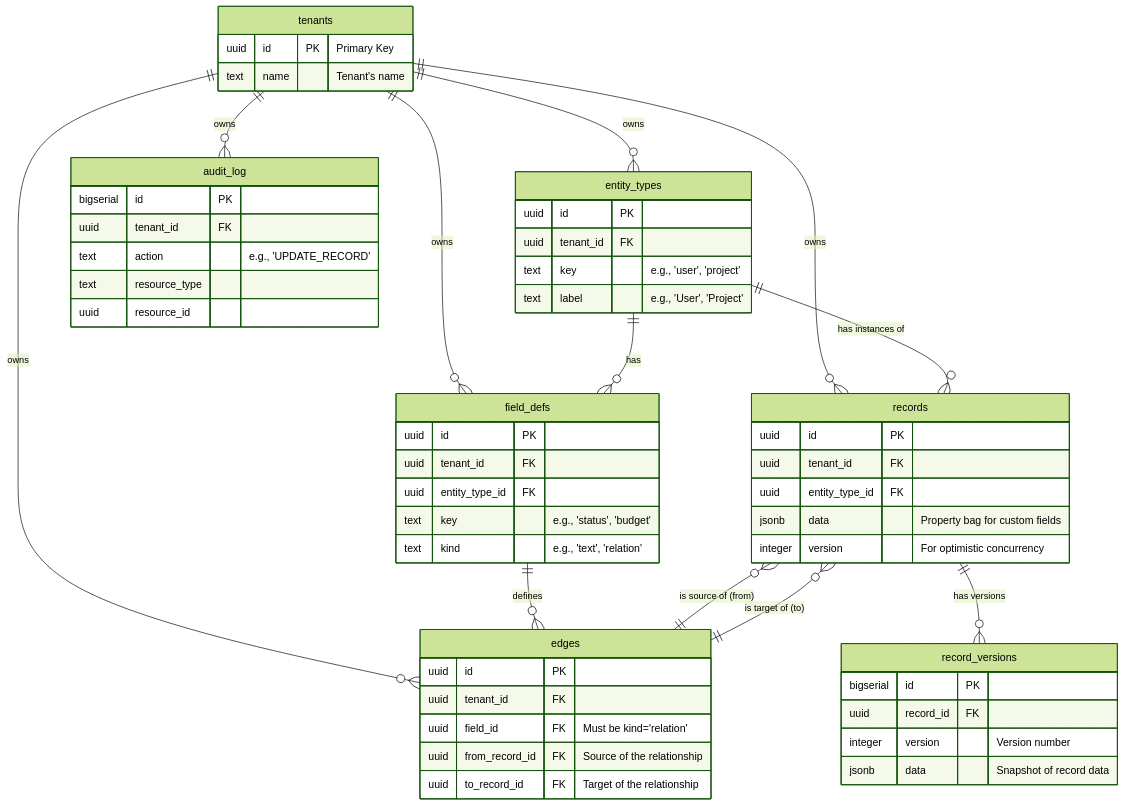
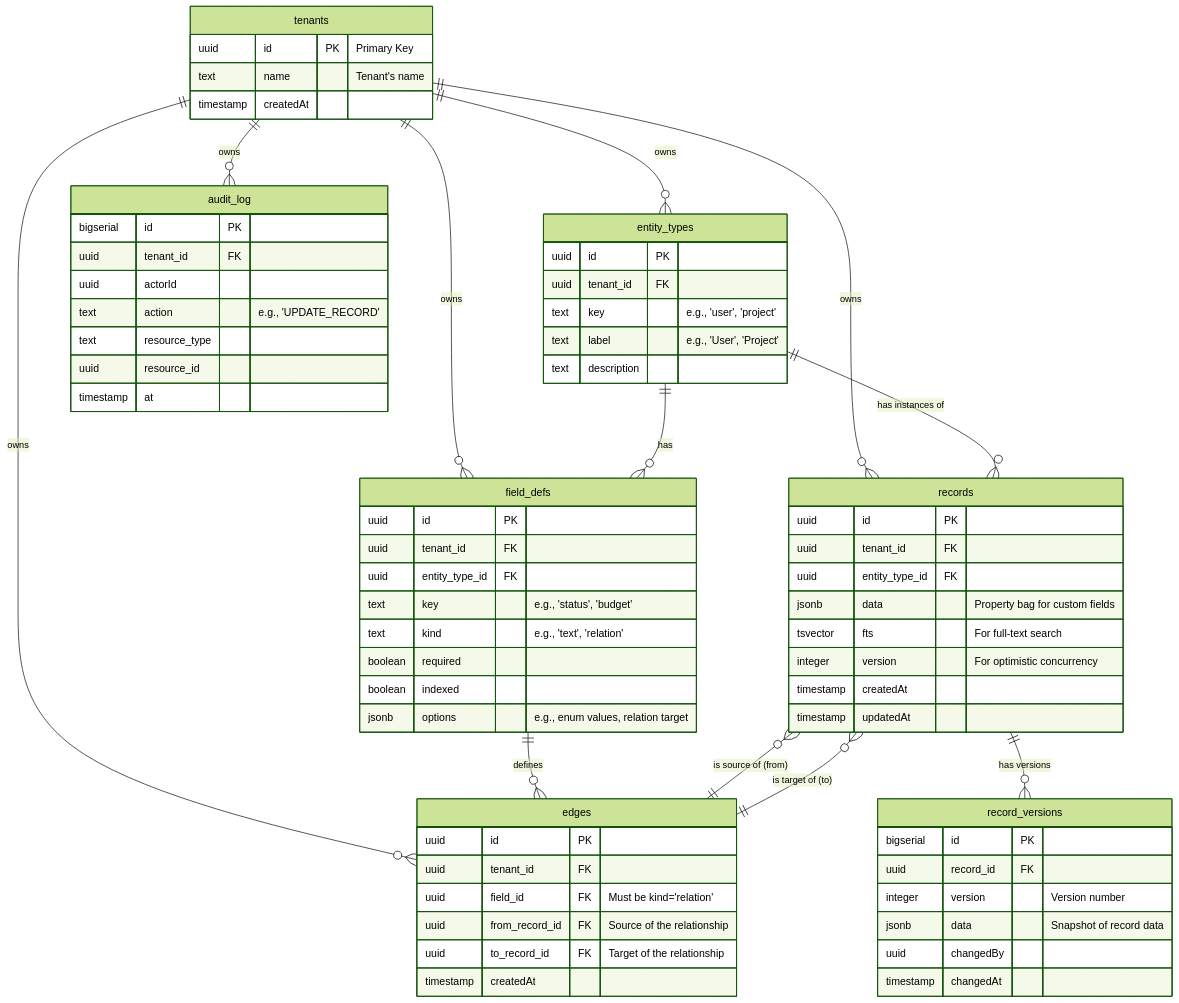
One commit to bahyali/ddms_system changed the diagram in project/docs/diagrams/database_erd.md. Above: the diagram before and after it, drawn with Mermaid (forest theme). The commit also changed 2 other files, not shown here.

Commit message:
QA Step I1.T6

````diff
--- a/project/docs/diagrams/database_erd.md
+++ b/project/docs/diagrams/database_erd.md
@@ -5,69 +5,82 @@
 ```mermaid
 erDiagram
     tenants {
         uuid id PK "Primary Key"
         text name "Tenant's name"
+        timestamp createdAt
     }
 
     entity_types {
         uuid id PK
         uuid tenant_id FK
         text key "e.g., 'user', 'project'"
         text label "e.g., 'User', 'Project'"
+        text description
     }
 
     field_defs {
         uuid id PK
         uuid tenant_id FK
         uuid entity_type_id FK
         text key "e.g., 'status', 'budget'"
         text kind "e.g., 'text', 'relation'"
+        boolean required
+        boolean indexed
+        jsonb options "e.g., enum values, relation target"
     }
 
     records {
         uuid id PK
         uuid tenant_id FK
         uuid entity_type_id FK
         jsonb data "Property bag for custom fields"
+        tsvector fts "For full-text search"
         integer version "For optimistic concurrency"
+        timestamp createdAt
+        timestamp updatedAt
     }
 
     edges {
         uuid id PK
         uuid tenant_id FK
         uuid field_id FK "Must be kind='relation'"
         uuid from_record_id FK "Source of the relationship"
         uuid to_record_id FK "Target of the relationship"
+        timestamp createdAt
     }
 
     record_versions {
         bigserial id PK
         uuid record_id FK
         integer version "Version number"
         jsonb data "Snapshot of record data"
+        uuid changedBy
+        timestamp changedAt
     }
 
     audit_log {
         bigserial id PK
         uuid tenant_id FK
+        uuid actorId
         text action "e.g., 'UPDATE_RECORD'"
         text resource_type
         uuid resource_id
+        timestamp at
     }
 
     tenants ||--o{ entity_types : "owns"
     tenants ||--o{ field_defs : "owns"
     tenants ||--o{ records : "owns"
     tenants ||--o{ edges : "owns"
     tenants ||--o{ audit_log : "owns"
 
     entity_types ||--o{ field_defs : "has"
     entity_types ||--o{ records : "has instances of"
 
     records ||--o{ record_versions : "has versions"
     
     field_defs ||--o{ edges : "defines"
 
     records }o--|| edges : "is source of (from)"
     records }o--|| edges : "is target of (to)"
 ```
````
